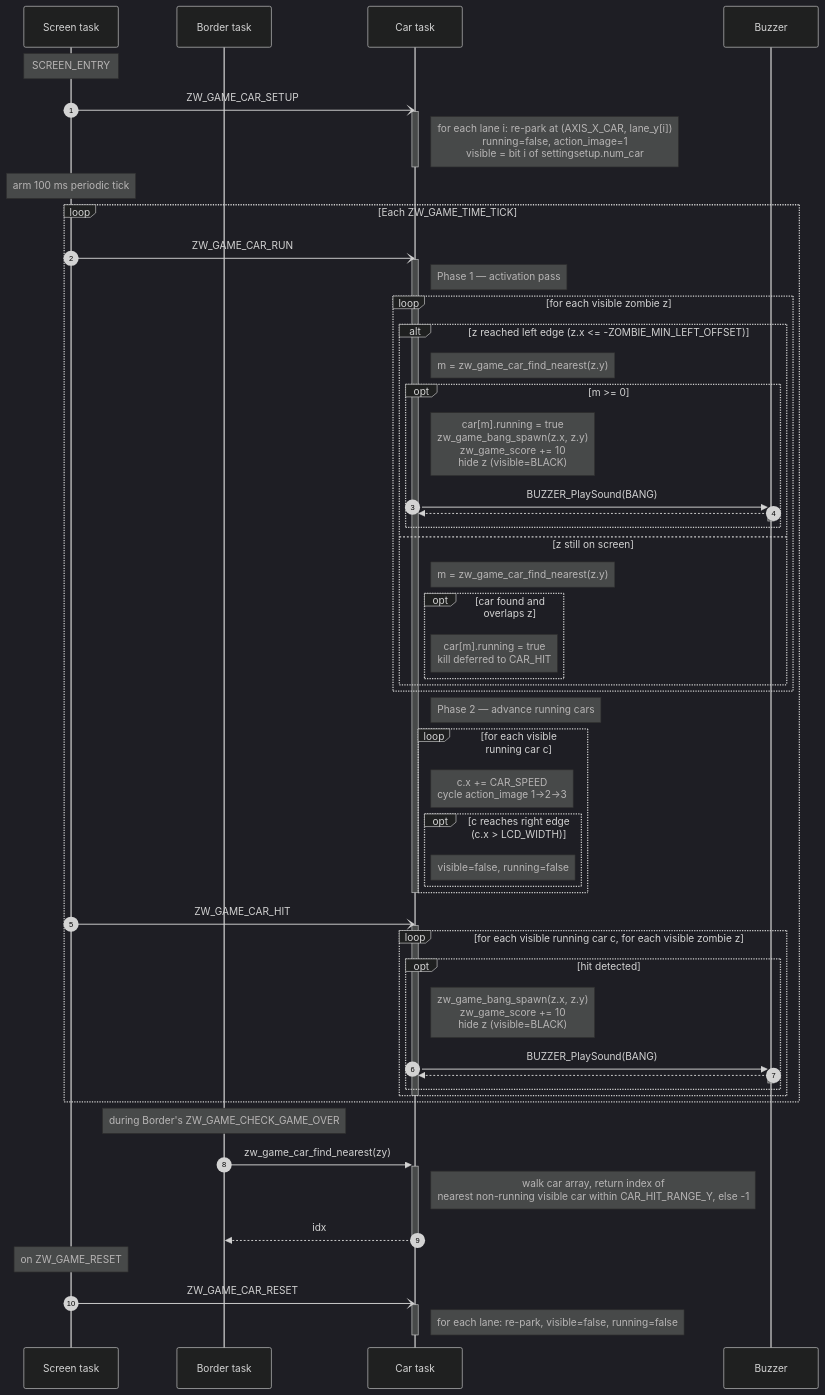
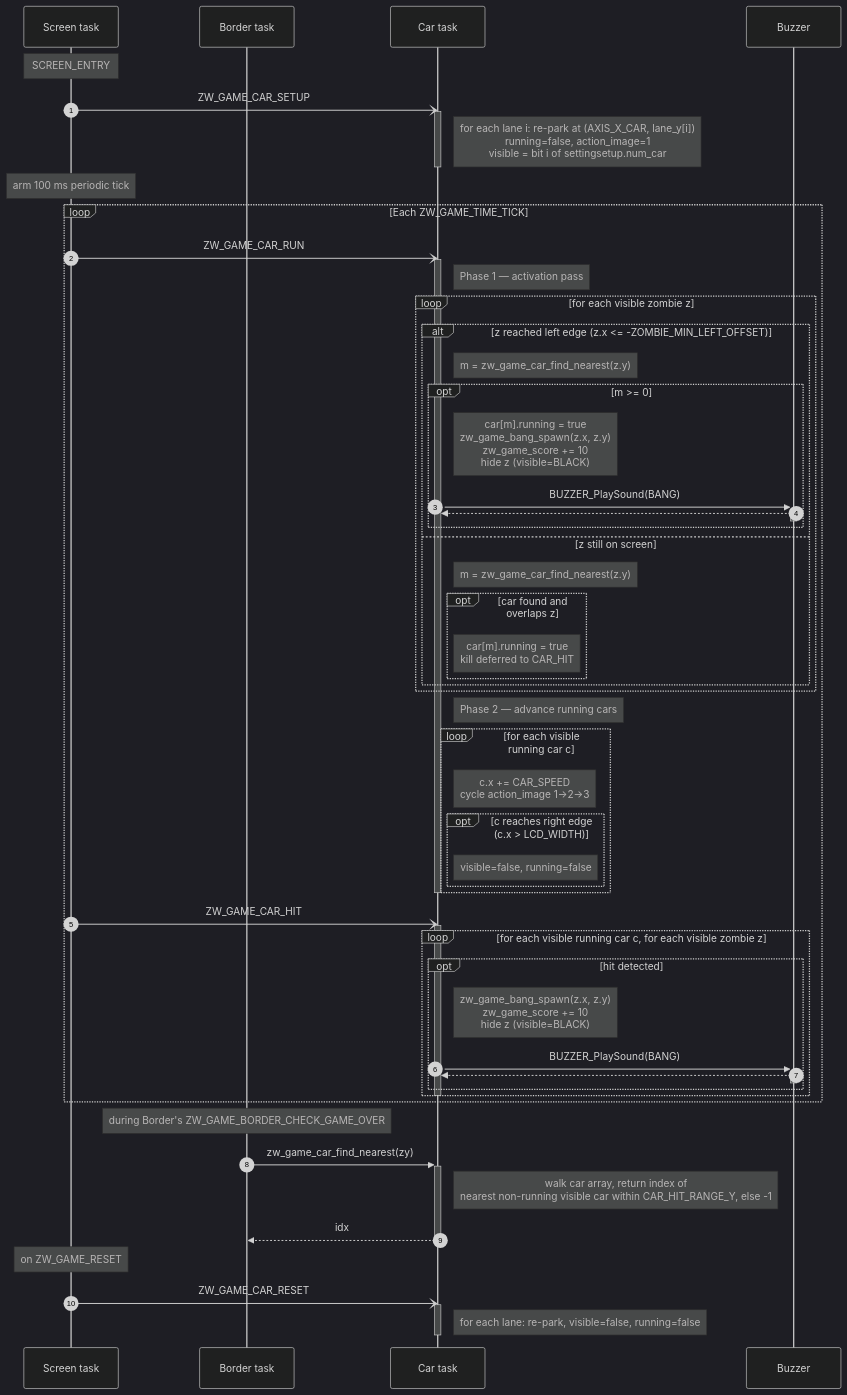
One commit to caotrongphuoc/mini-clock changed the fourth of 7 diagrams in docs/object_sequence.md. Above: the diagram before and after it, drawn with Mermaid (dark theme). The commit also changed other lines of this file and 3 other files, not shown here.

Commit message:
[UPDATE] rename Border signals to ZW_GAME_BORDER_*

````diff
--- a/docs/object_sequence.md
+++ b/docs/object_sequence.md
@@ -241,66 +241,66 @@
 ```mermaid
 sequenceDiagram
     autonumber
     participant Scr as Screen task
     participant Bdr as Border task
     participant Car as Car task
     participant Bz as Buzzer
 
     Note over Scr: SCREEN_ENTRY
     Scr-)Car: ZW_GAME_CAR_SETUP
     activate Car
     Note right of Car: for each lane i: re-park at (AXIS_X_CAR, lane_y[i])<br/>running=false, action_image=1<br/>visible = bit i of settingsetup.num_car
     deactivate Car
     Note over Scr: arm 100 ms periodic tick
 
     loop Each ZW_GAME_TIME_TICK
         Scr-)Car: ZW_GAME_CAR_RUN
         activate Car
         Note right of Car: Phase 1 — activation pass
         loop for each visible zombie z
             alt z reached left edge (z.x <= -ZOMBIE_MIN_LEFT_OFFSET)
                 Note right of Car: m = zw_game_car_find_nearest(z.y)
                 opt m >= 0
                     Note right of Car: car[m].running = true<br/>zw_game_bang_spawn(z.x, z.y)<br/>zw_game_score += 10<br/>hide z (visible=BLACK)
                     Car->>+Bz: BUZZER_PlaySound(BANG)
                     Bz-->>-Car: 
                 end
             else z still on screen
                 Note right of Car: m = zw_game_car_find_nearest(z.y)
                 opt car found and overlaps z
                     Note right of Car: car[m].running = true<br/>kill deferred to CAR_HIT
                 end
             end
         end
         Note right of Car: Phase 2 — advance running cars
         loop for each visible running car c
             Note right of Car: c.x += CAR_SPEED<br/>cycle action_image 1→2→3
             opt c reaches right edge (c.x > LCD_WIDTH)
                 Note right of Car: visible=false, running=false
             end
         end
         deactivate Car
 
         Scr-)Car: ZW_GAME_CAR_HIT
         activate Car
         loop for each visible running car c, for each visible zombie z
             opt hit detected
                 Note right of Car: zw_game_bang_spawn(z.x, z.y)<br/>zw_game_score += 10<br/>hide z (visible=BLACK)
                 Car->>+Bz: BUZZER_PlaySound(BANG)
                 Bz-->>-Car: 
             end
         end
         deactivate Car
     end
 
-    Note over Bdr: during Border's ZW_GAME_CHECK_GAME_OVER
+    Note over Bdr: during Border's ZW_GAME_BORDER_CHECK_GAME_OVER
     Bdr->>+Car: zw_game_car_find_nearest(zy)
     Note right of Car: walk car array, return index of<br/>nearest non-running visible car within CAR_HIT_RANGE_Y, else -1
     Car-->>-Bdr: idx
 
     Note over Scr: on ZW_GAME_RESET
     Scr-)Car: ZW_GAME_CAR_RESET
     activate Car
     Note right of Car: for each lane: re-park, visible=false, running=false
     deactivate Car
 ```
````
